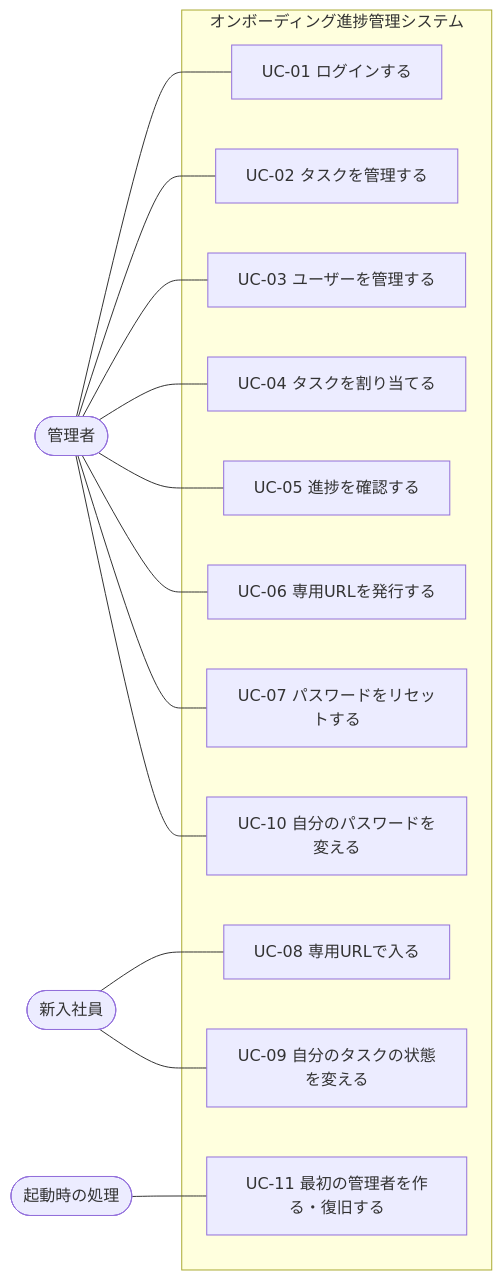
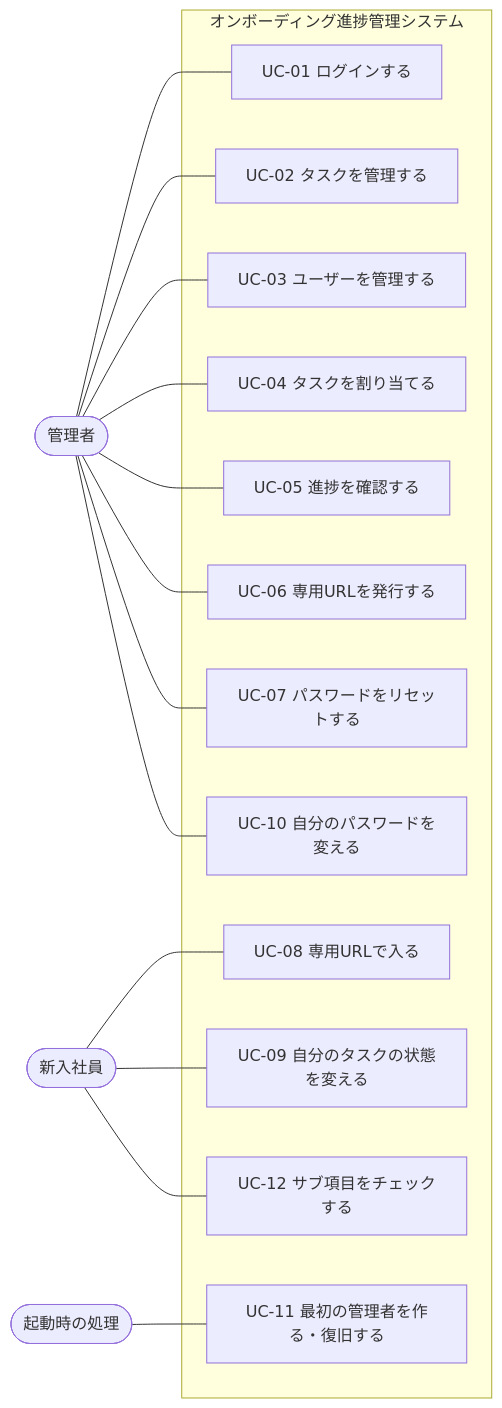
The first of 12 diagrams in docs/design-diagrams.md (Mika777v/java), drawn with Mermaid before and after one commit. The commit also changed other lines of this file and 31 other files, not shown here.

````diff
--- a/docs/design-diagrams.md
+++ b/docs/design-diagrams.md
@@ -25,24 +25,25 @@
 ```mermaid
 flowchart LR
     admin(["管理者"])
     member(["新入社員"])
     system(["起動時の処理"])
 
     subgraph app["オンボーディング進捗管理システム"]
         UC01["UC-01 ログインする"]
         UC02["UC-02 タスクを管理する"]
         UC03["UC-03 ユーザーを管理する"]
         UC04["UC-04 タスクを割り当てる"]
         UC05["UC-05 進捗を確認する"]
         UC06["UC-06 専用URLを発行する"]
         UC07["UC-07 パスワードをリセットする"]
         UC08["UC-08 専用URLで入る"]
         UC09["UC-09 自分のタスクの状態を変える"]
         UC10["UC-10 自分のパスワードを変える"]
         UC11["UC-11 最初の管理者を作る・復旧する"]
+        UC12["UC-12 サブ項目をチェックする"]
     end
 
     admin --- UC01 & UC02 & UC03 & UC04 & UC05 & UC06 & UC07 & UC10
-    member --- UC08 & UC09
+    member --- UC08 & UC09 & UC12
     system --- UC11
 ```
````
